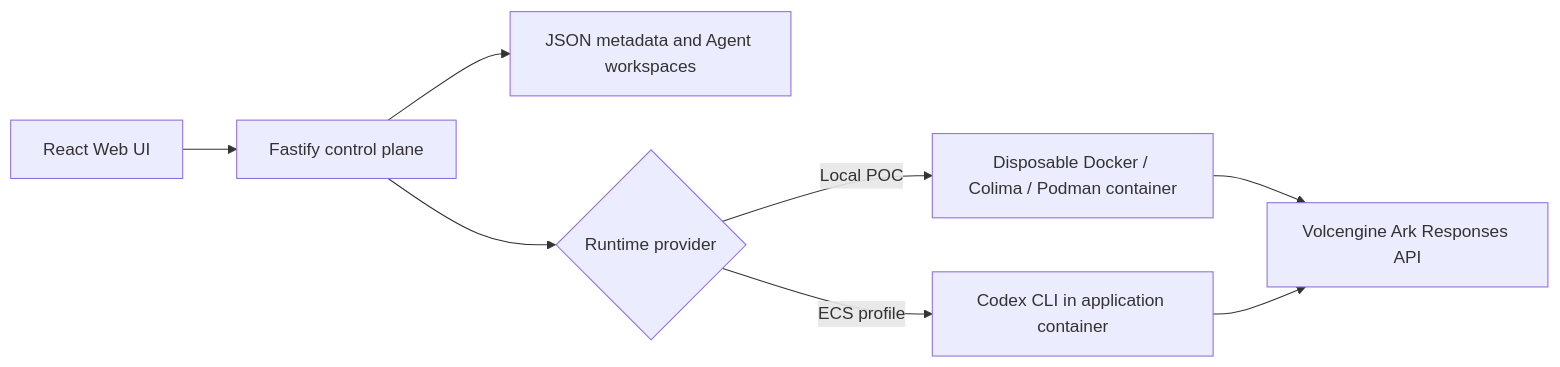
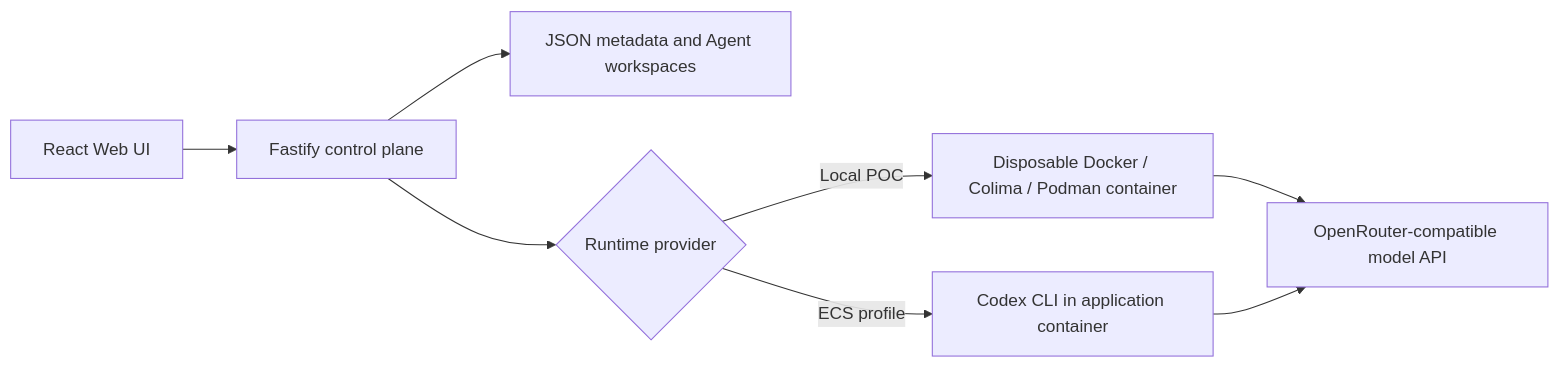
The diagram in README.md (Tuxedolphin/TikTok-TechJam-2026), drawn with Mermaid before and after one commit. The commit also changed other lines of this file and 7 other files, not shown here.

First line of the commit message:
docs(all): update setup guides, environment examples, and POC scripts for OpenRouter

````diff
--- a/README.md
+++ b/README.md
@@ -215,10 +215,10 @@
 ```mermaid
 flowchart LR
     UI["React Web UI"] --> API["Fastify control plane"]
     API --> Store["JSON metadata and Agent workspaces"]
     API --> Runtime{"Runtime provider"}
     Runtime -->|Local POC| Container["Disposable Docker / Colima / Podman container"]
     Runtime -->|ECS profile| Codex["Codex CLI in application container"]
-    Container --> Ark["Volcengine Ark Responses API"]
-    Codex --> Ark
+    Container --> ModelAPI["OpenRouter-compatible model API"]
+    Codex --> ModelAPI
 ```
````
